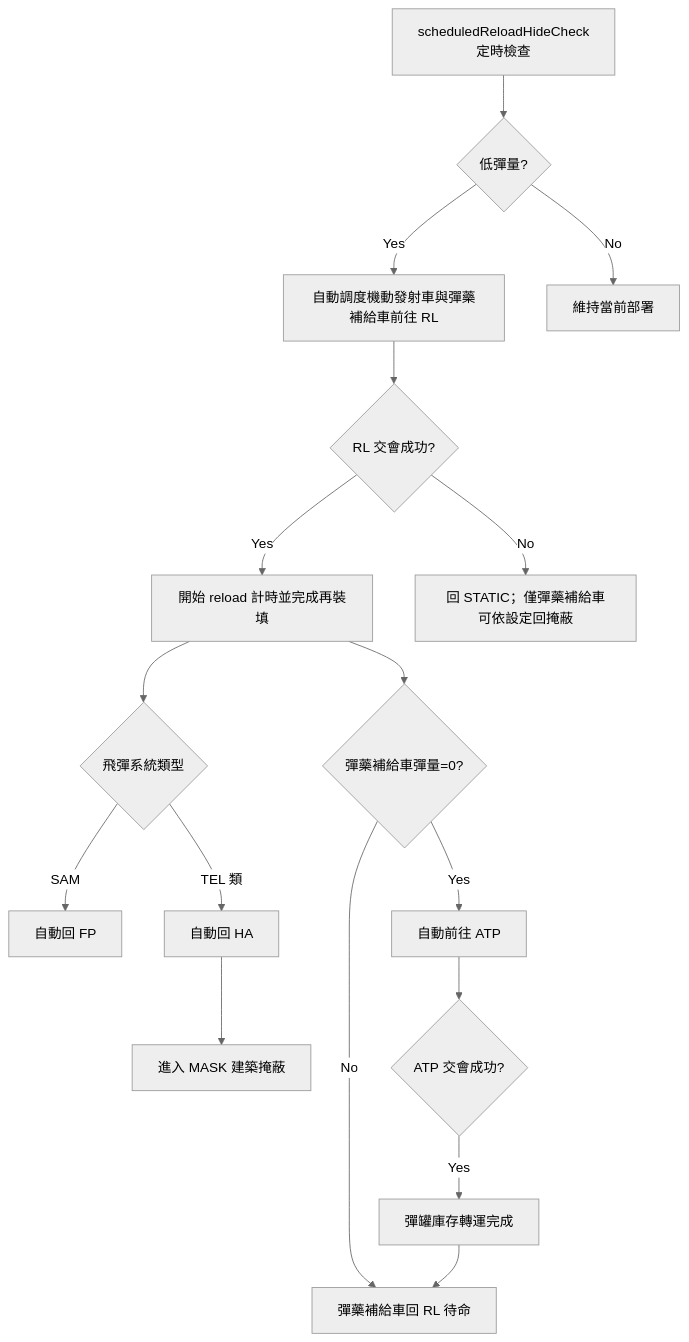
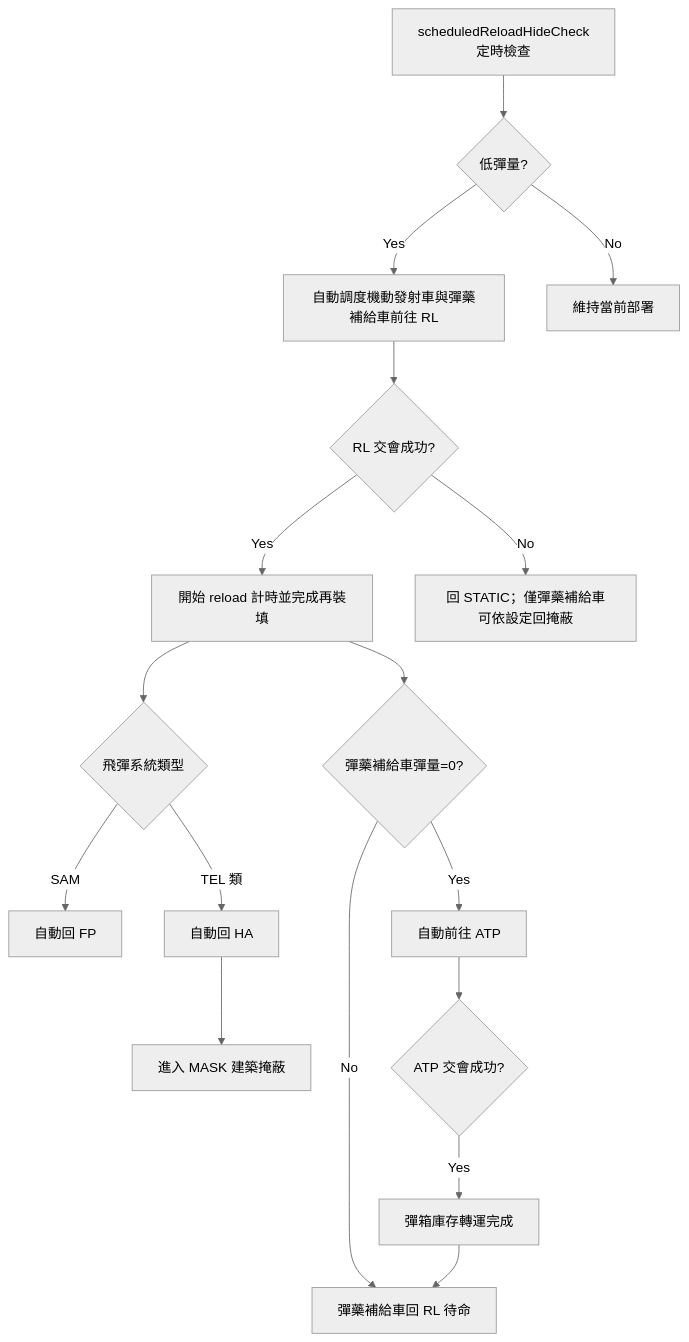
Before and after one commit to pullupjumper/formosa-in-flames: the first of 2 diagrams in docs/missileSystem/README.md, drawn with Mermaid (neutral theme). The commit also changed other lines of this file and 8 other files, not shown here.

````diff
--- a/docs/missileSystem/README.md
+++ b/docs/missileSystem/README.md
@@ -65,22 +65,22 @@
 ```mermaid
 flowchart TB
     CN_TICK[scheduledReloadHideCheck定時檢查] --> CN_LOW{低彈量?}
     CN_LOW -->|Yes| CN_MOVE[自動調度機動發射車與彈藥補給車前往 RL]
     CN_LOW -->|No| CN_KEEP[維持當前部署]
 
     CN_MOVE --> CN_RL{RL 交會成功?}
     CN_RL -->|Yes| CN_RELOAD[開始 reload 計時並完成再裝填]
     CN_RL -->|No| CN_FAIL[回 STATIC；僅彈藥補給車可依設定回掩蔽]
 
     CN_RELOAD --> CN_BRANCH{飛彈系統類型}
     CN_BRANCH -->|SAM| CN_FP[自動回 FP]
     CN_BRANCH -->|TEL 類| CN_HA[自動回 HA]
     CN_HA --> CN_MASK[進入 MASK 建築掩蔽]
 
     CN_RELOAD --> CN_RU0{彈藥補給車彈量=0?}
     CN_RU0 -->|Yes| CN_ATP[自動前往 ATP]
     CN_RU0 -->|No| CN_RLREADY[彈藥補給車回 RL 待命]
     CN_ATP --> CN_ATPMEET{ATP 交會成功?}
-    CN_ATPMEET -->|Yes| CN_TRANSFER[彈罐庫存轉運完成]
+    CN_ATPMEET -->|Yes| CN_TRANSFER[彈箱庫存轉運完成]
     CN_TRANSFER --> CN_RLREADY
 ```
````
